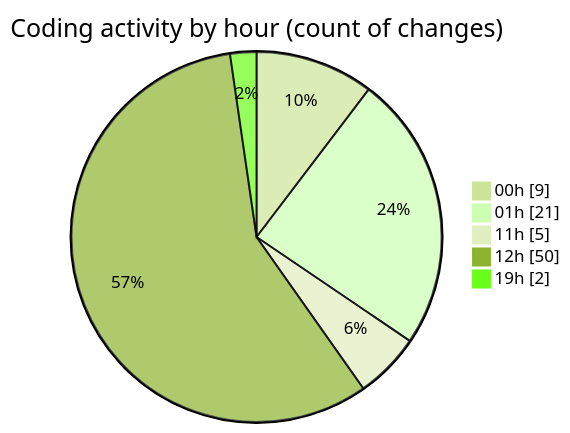
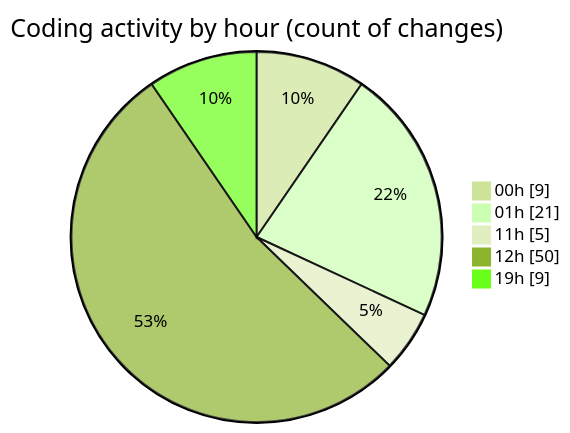
The second of 2 diagrams in 2025-10-25/javacript/README.md (nxtqubesakshisongat/code-tracking), drawn with Mermaid (forest theme) before and after one commit. The commit also changed other lines of this file and 1 other file, not shown here.

````diff
--- a/2025-10-25/javacript/README.md
+++ b/2025-10-25/javacript/README.md
@@ -31,9 +32,9 @@
 ```mermaid
 pie showData
 title Coding activity by hour (count of changes)
 "00h" : 9
 "01h" : 21
 "11h" : 5
 "12h" : 50
-"19h" : 2
+"19h" : 9
 ```
````
